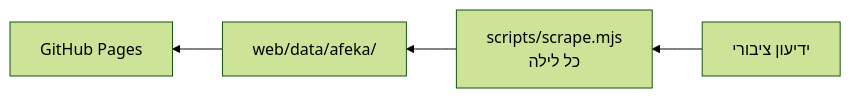
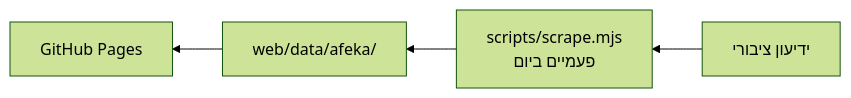
The diagram in README.md (dolev-benezri/lets_learn), drawn with Mermaid (forest theme) before and after one commit. The commit also changed other lines of this file and 13 other files, not shown here.

First line of the commit message:
ci: GitHub publishes the yedion data twice a day, GitLab stands by

````diff
--- a/README.md
+++ b/README.md
@@ -155,4 +155,4 @@
 ```mermaid
 flowchart RL
-  Y["ידיעון ציבורי"] --> S["scripts/scrape.mjs<br>כל לילה"] --> D["web/data/afeka/"] --> P["GitHub Pages"]
+  Y["ידיעון ציבורי"] --> S["scripts/scrape.mjs<br>פעמיים ביום"] --> D["web/data/afeka/"] --> P["GitHub Pages"]
 ```
````
